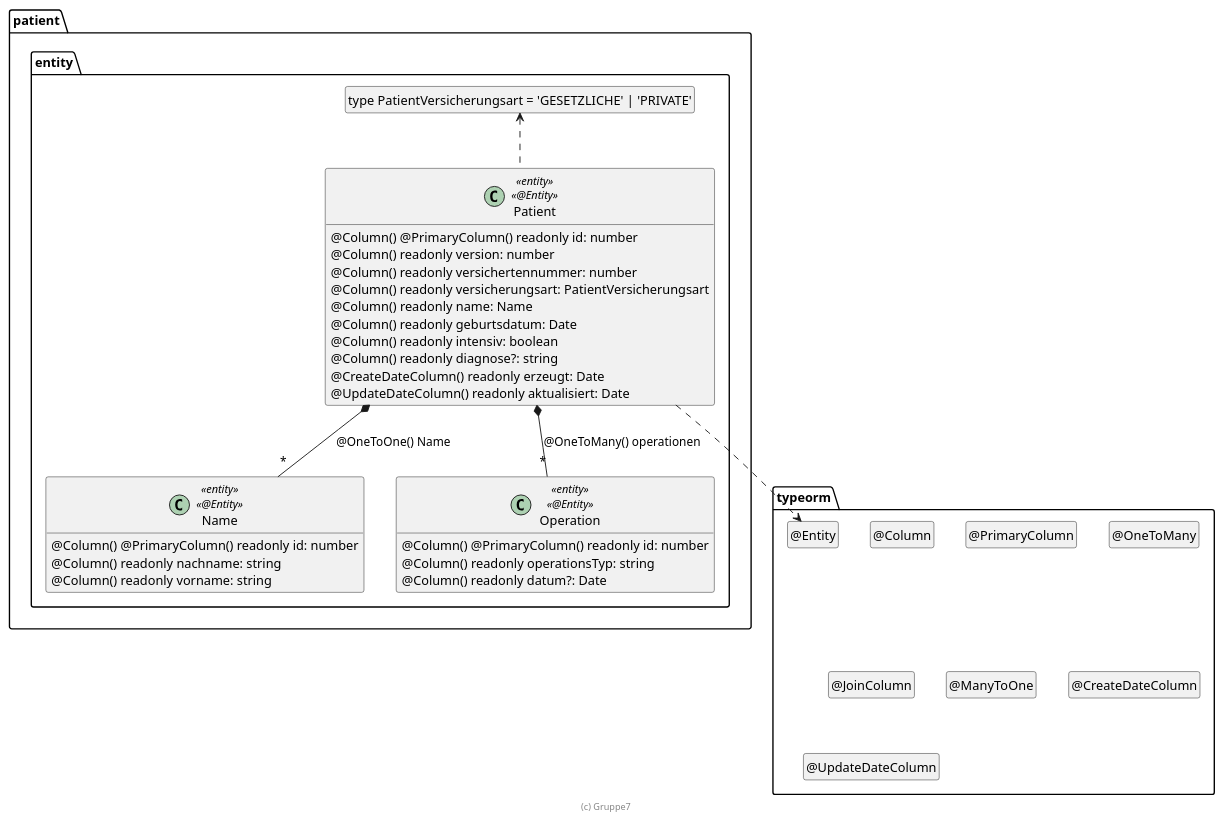
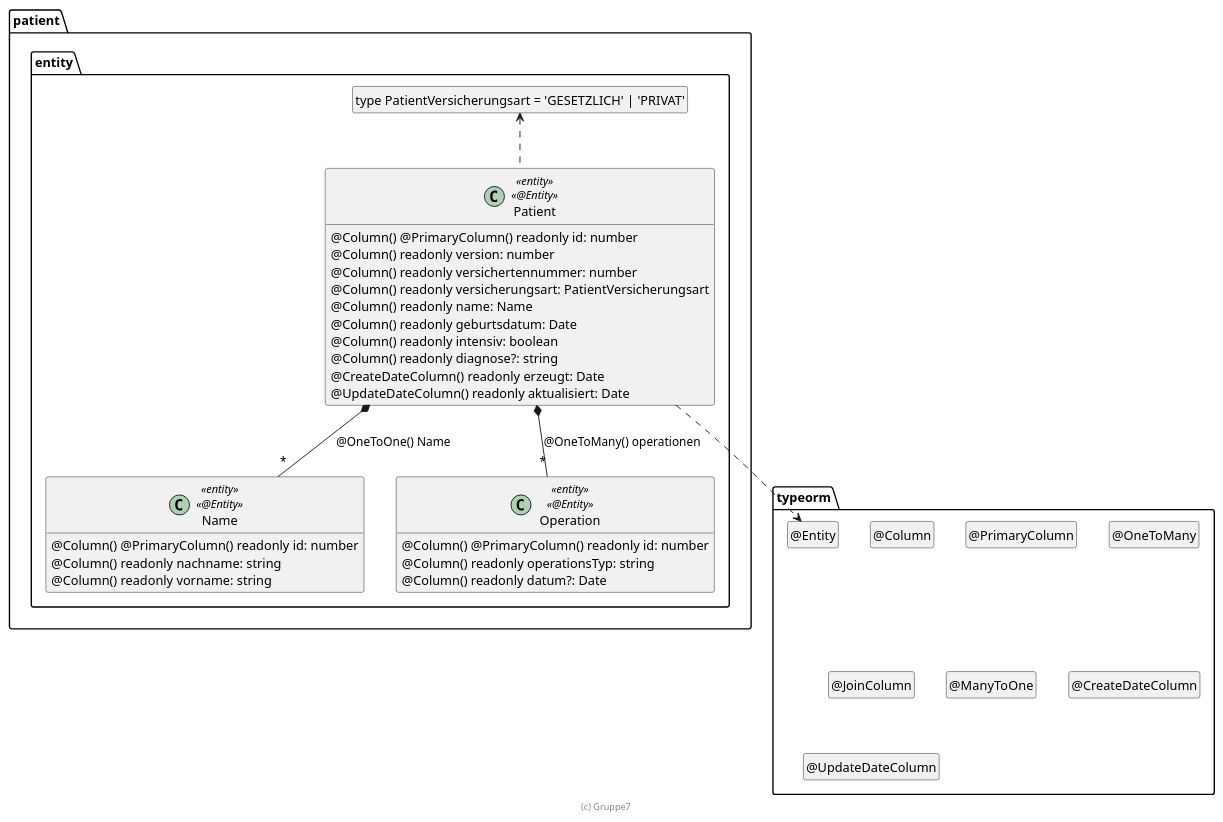
The diagram in .extras/doc/entwicklerhandbuch/Patient.plantuml (dithienphan/patient), drawn with PlantUML before and after one commit. The commit also changed 1 other file, not shown here.

```diff
--- a/.extras/doc/entwicklerhandbuch/Patient.plantuml
+++ b/.extras/doc/entwicklerhandbuch/Patient.plantuml
@@ -6,61 +6,61 @@
 @startuml Entity
 
 package typeorm {
   class "@Entity" as Entity
   hide Entity circle
   class "@Column" as Column
   hide Column circle
   class "@PrimaryColumn" as PrimaryColumn
   hide PrimaryColumn circle
   class "@OneToMany" as OneToMany
   hide OneToMany circle
   class "@JoinColumn" as JoinColumn
   hide JoinColumn circle
   class "@ManyToOne" as ManyToOne
   hide ManyToOne circle
   class "@CreateDateColumn" as CreateDateColumn
   hide CreateDateColumn circle
   class "@UpdateDateColumn" as UpdateDateColumn
   hide UpdateDateColumn circle
 }
 
 package patient.entity {
-    class "type PatientVersicherungsart = 'GESETZLICHE' | 'PRIVATE'" as PatientVersicherungsart
+    class "type PatientVersicherungsart = 'GESETZLICH' | 'PRIVAT'" as PatientVersicherungsart
   hide PatientVersicherungsart circle
     
     class Patient <<entity>> <<@Entity>> {
         @Column() @PrimaryColumn() readonly id: number
         @Column() readonly version: number
         @Column() readonly versichertennummer: number
         @Column() readonly versicherungsart: PatientVersicherungsart
         @Column() readonly name: Name
         @Column() readonly geburtsdatum: Date
         @Column() readonly intensiv: boolean
         @Column() readonly diagnose?: string
         @CreateDateColumn() readonly erzeugt: Date
         @UpdateDateColumn() readonly aktualisiert: Date
     }
 
     class Name <<entity>> <<@Entity>> {
         @Column() @PrimaryColumn() readonly id: number
         @Column() readonly nachname: string
         @Column() readonly vorname: string
     }
 
     class Operation <<entity>> <<@Entity>> {
         @Column() @PrimaryColumn() readonly id: number
         @Column() readonly operationsTyp: string
         @Column() readonly datum?: Date
     }
 }
 
 Patient ..> Entity
 Patient *-- "*" Name : @OneToOne() Name
 Patient *-- "*" Operation : @OneToMany() operationen
 Patient .up.> PatientVersicherungsart
 
 hide empty members
 
 footer (c) Gruppe7
 
 @enduml
```
